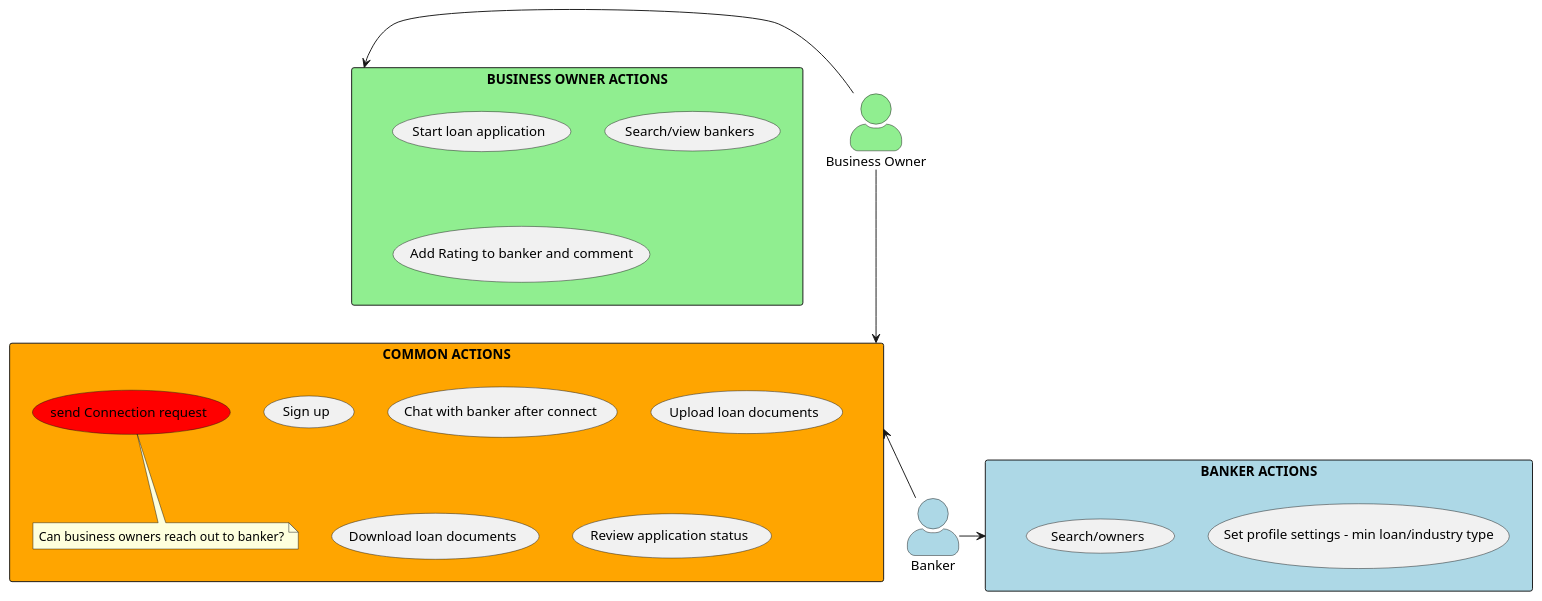
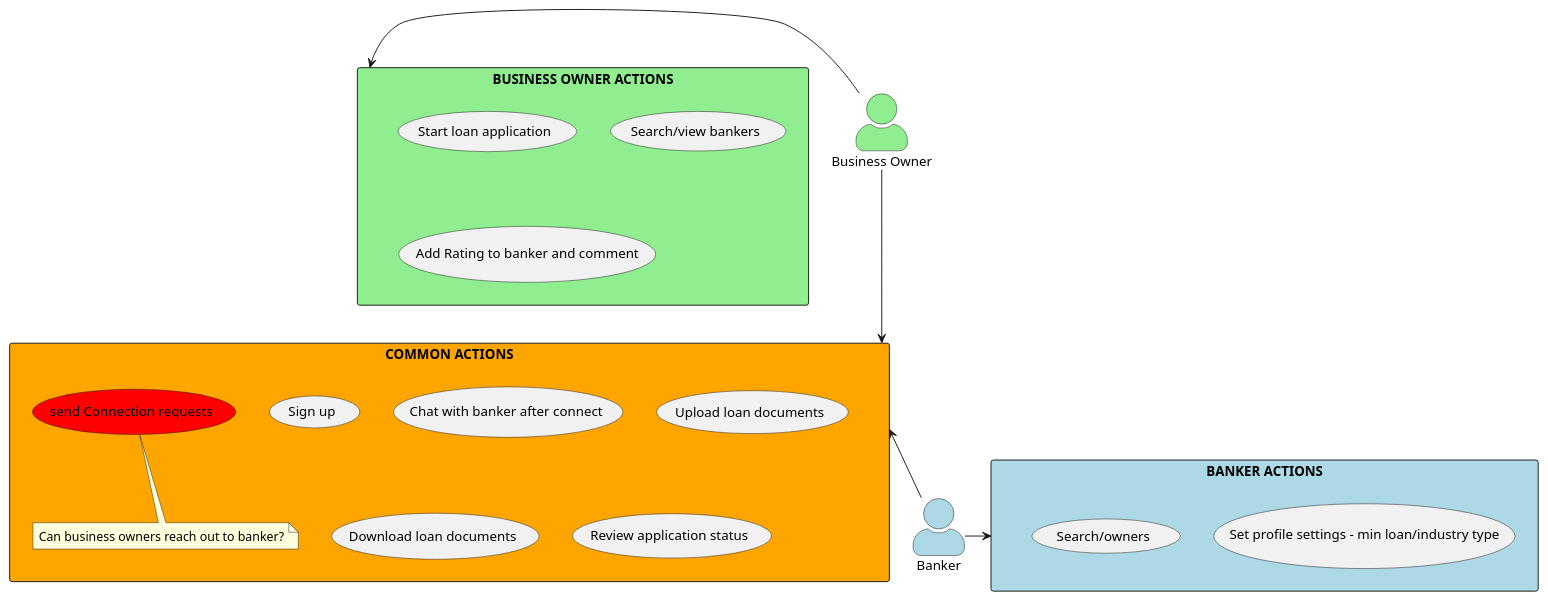
Before and after one commit to dinesh19aug/yeegoals: the diagram in flows/activity.puml, drawn with PlantUML.

Commit message:
test actions

```diff
--- a/flows/activity.puml
+++ b/flows/activity.puml
@@ -1,44 +1,44 @@
 @startuml
 /'Color scheme'/
 skinparam actorStyle awesome
 
 /' Actors '/
 :Business Owner: as owner #LightGreen
 :Banker: as banker #LightBlue
 
 /'Use cases'/
 
 rectangle "COMMON ACTIONS" as ca #orange{
     usecase (Sign up) as signup
     usecase (Chat with banker after connect) as chat
-    usecase (send Connection request) as connect #red
+    usecase (send Connection requests) as connect #red
     usecase (Upload loan documents) as uld
     usecase (Download loan documents) as dld
     usecase (Review application status) as ras
 
     note  "Can business owners reach out to banker?" as n1
     connect .. n1
 }
 /'Packages'/
 
 rectangle "BUSINESS OWNER ACTIONS" as boa #LightGreen{
     (Start loan application)
     (Search/view bankers)
     (Add Rating to banker and comment)
 
 }
 
 rectangle "BANKER ACTIONS"  as ba #LightBlue{
     (Set profile settings - min loan/industry type)
     (Search/owners)
 
 }
 
 /'Connections'/
 
 owner -left--> boa
 owner -down--> ca
 
 banker -up-> ca
 banker -left-> ba
 @enduml
```
